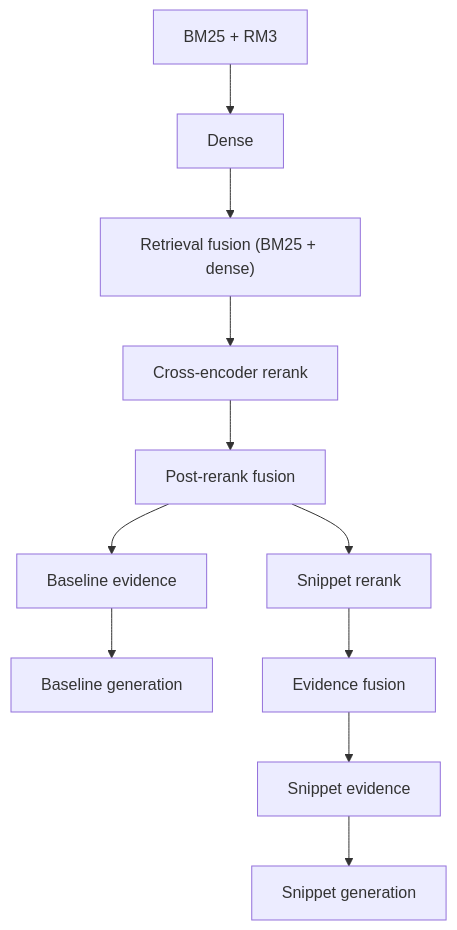
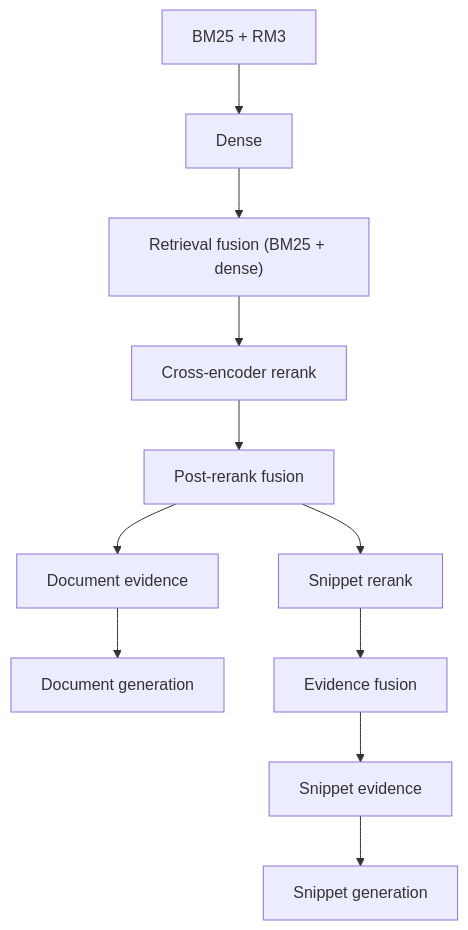
One commit to fulaibaowang/RAG-scripts changed the diagram in README.md. Above: the diagram before and after it, drawn with Mermaid. The commit also changed other lines of this file and 7 other files, not shown here.

First line of the commit message:
Rename "baseline" route to "document" across orchestrator, configs, CI, and docs

````diff
--- a/README.md
+++ b/README.md
@@ -10,15 +10,15 @@
 ```mermaid
 flowchart TD
   BM25[BM25 + RM3] --> Dense[Dense]
   Dense --> Hybrid["Retrieval fusion (BM25 + dense)"]
   Hybrid --> Rerank["Cross-encoder rerank"]
   Rerank --> RH["Post-rerank fusion"]
 
-  RH --> EB[Baseline evidence]
-  EB --> GB[Baseline generation]
+  RH --> EB[Document evidence]
+  EB --> GB[Document generation]
 
   RH --> SR["Snippet rerank"]
   SR --> RRF2["Evidence fusion"]
   RRF2 --> ES[Snippet evidence]
   ES --> GS[Snippet generation]
 ```
````
